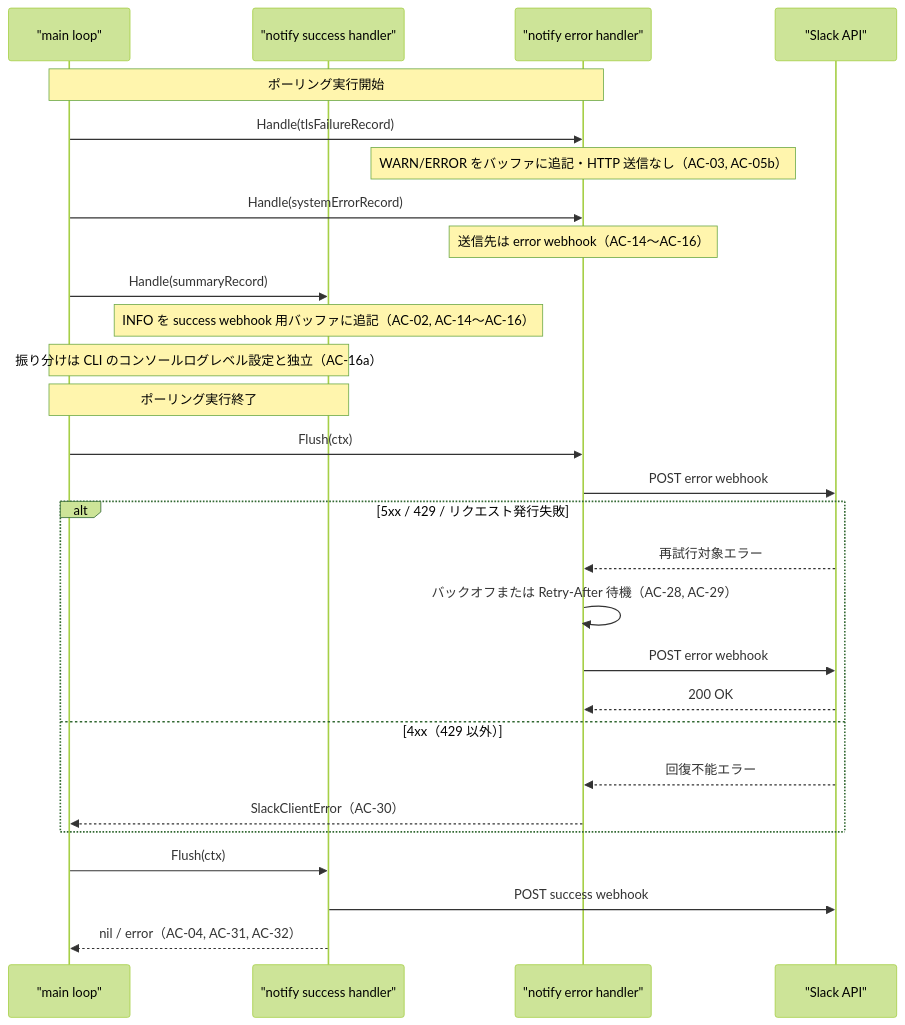
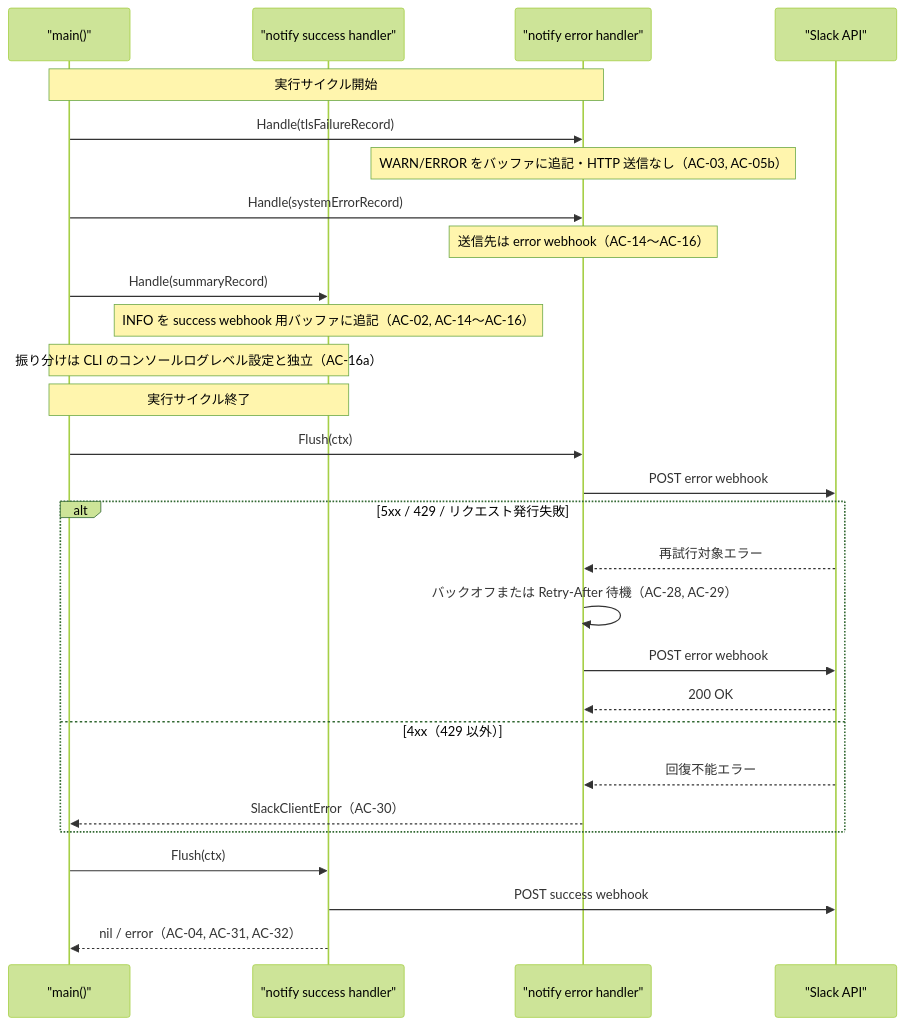
Before and after one commit to isseis/tlsrpt-digest: the seventh of 11 diagrams in docs/tasks/0030_slack_notify/02_architecture.md, drawn with Mermaid (forest theme). The commit also changed other lines of this file, not shown here.

````diff
--- a/docs/tasks/0030_slack_notify/02_architecture.md
+++ b/docs/tasks/0030_slack_notify/02_architecture.md
@@ -178,32 +178,32 @@
 ```mermaid
 sequenceDiagram
-    participant L as "main loop"
+    participant L as "main()"
     participant HS as "notify success handler"
     participant HE as "notify error handler"
     participant S as "Slack API"
 
-    Note over L,HE: ポーリング実行開始
+    Note over L,HE: 実行サイクル開始
     L->>HE: Handle(tlsFailureRecord)
     Note over HE: WARN/ERROR をバッファに追記・HTTP 送信なし（AC-03, AC-05b）
     L->>HE: Handle(systemErrorRecord)
     Note over HE: 送信先は error webhook（AC-14〜AC-16）
     L->>HS: Handle(summaryRecord)
     Note over HS: INFO を success webhook 用バッファに追記（AC-02, AC-14〜AC-16）
     Note over L,HS: 振り分けは CLI のコンソールログレベル設定と独立（AC-16a）
 
-    Note over L,HS: ポーリング実行終了
+    Note over L,HS: 実行サイクル終了
     L->>HE: Flush(ctx)
     HE->>S: POST error webhook
     alt 5xx / 429 / リクエスト発行失敗
         S-->>HE: 再試行対象エラー
         HE->>HE: バックオフまたは Retry-After 待機（AC-28, AC-29）
         HE->>S: POST error webhook
         S-->>HE: 200 OK
     else 4xx（429 以外）
         S-->>HE: 回復不能エラー
         HE-->>L: SlackClientError（AC-30）
     end
     L->>HS: Flush(ctx)
     HS->>S: POST success webhook
     HS-->>L: nil / error（AC-04, AC-31, AC-32）
 ```
````
